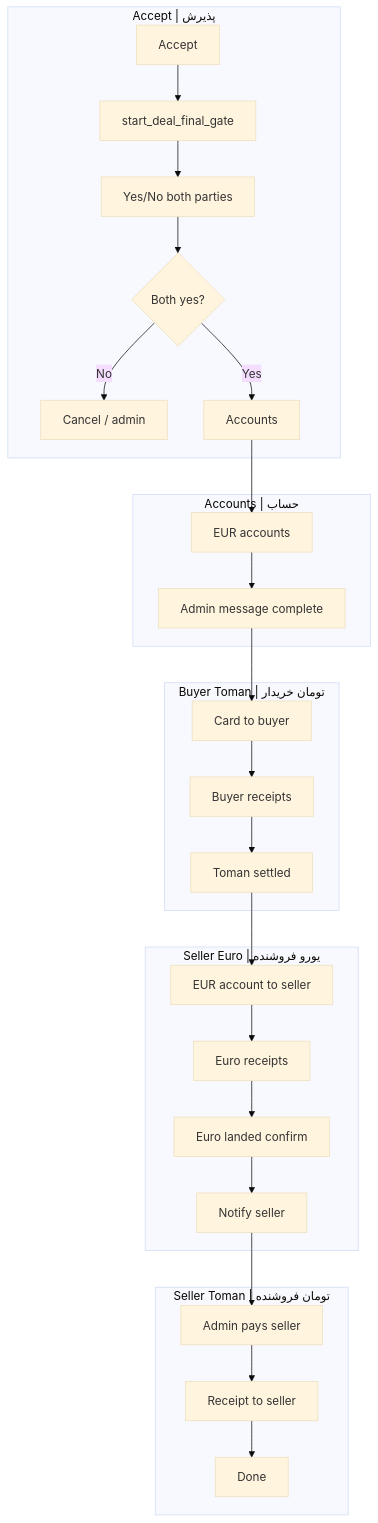
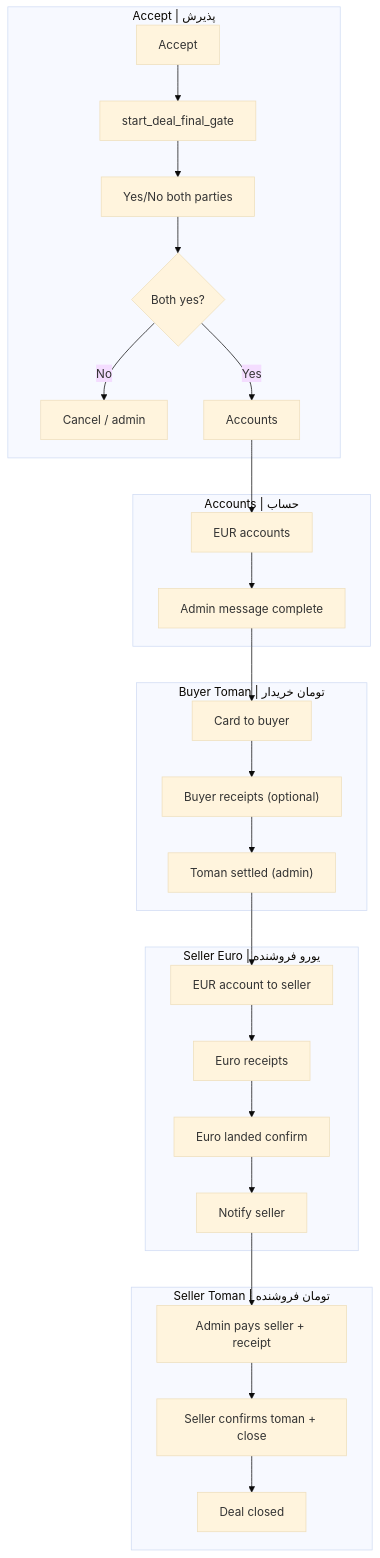
One commit to soha15167/Sepid_Exchange_Bot changed the diagram in docs/DEAL_GATE.md. Above: the diagram before and after it, drawn with Mermaid (base theme). The commit also changed other lines of this file and 54 other files, not shown here.

````diff
--- a/docs/DEAL_GATE.md
+++ b/docs/DEAL_GATE.md
@@ -28,34 +28,34 @@
 ```mermaid
 flowchart TB
     subgraph phase0 ["Accept | پذیرش"]
         A["Accept"] --> B["start_deal_final_gate"]
         B --> C["Yes/No both parties"]
         C --> D{"Both yes?"}
         D -->|No| X["Cancel / admin"]
         D -->|Yes| E["Accounts"]
     end
 
     subgraph phase1 ["Accounts | حساب"]
         E --> F["EUR accounts"]
         F --> G["Admin message complete"]
     end
 
     subgraph phase2 ["Buyer Toman | تومان خریدار"]
         G --> H["Card to buyer"]
-        H --> I["Buyer receipts"]
-        I --> J["Toman settled"]
+        H --> I["Buyer receipts (optional)"]
+        I --> J["Toman settled (admin)"]
     end
 
     subgraph phase3 ["Seller Euro | یورو فروشنده"]
         J --> K["EUR account to seller"]
         K --> L["Euro receipts"]
         L --> M["Euro landed confirm"]
-        M --> O["Notify seller"]
+        M --> N["Notify seller"]
     end
 
     subgraph phase4 ["Seller Toman | تومان فروشنده"]
-        O --> P["Admin pays seller"]
-        P --> Q["Receipt to seller"]
-        Q --> R["Done"]
+        N --> P["Admin pays seller + receipt"]
+        P --> Q["Seller confirms toman + close"]
+        Q --> R["Deal closed"]
     end
 ```
````
